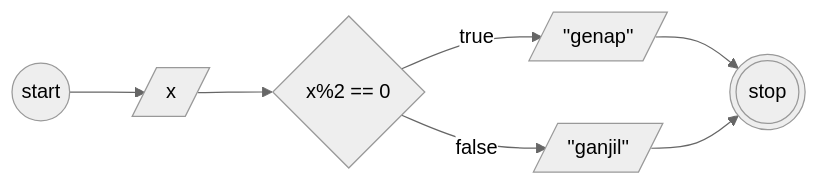
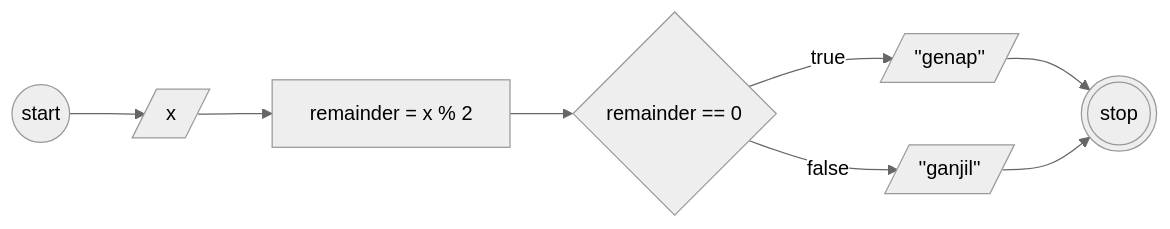
Before and after one commit to ecenn/koda-b10-algoritma: the first of 2 diagrams in README.md, drawn with Mermaid (neutral theme). The commit also changed other lines of this file and 1 other file, not shown here.

````diff
--- a/README.md
+++ b/README.md
@@ -30,19 +31,21 @@
 ```mermaid
 
 flowchart LR
 
 a((start))
 b[/x/]
-c{x%2 == 0}
+x[remainder = x % 2]
+c{remainder == 0}
 d[/''genap''/]
 e[/''ganjil''/]
 z(((stop)))
 
 a --> b
-b --> c
+b --> x
+x --> c
 c --true--> d
 c --false--> e
 d --> z
 e --> z
 
 ```
````
